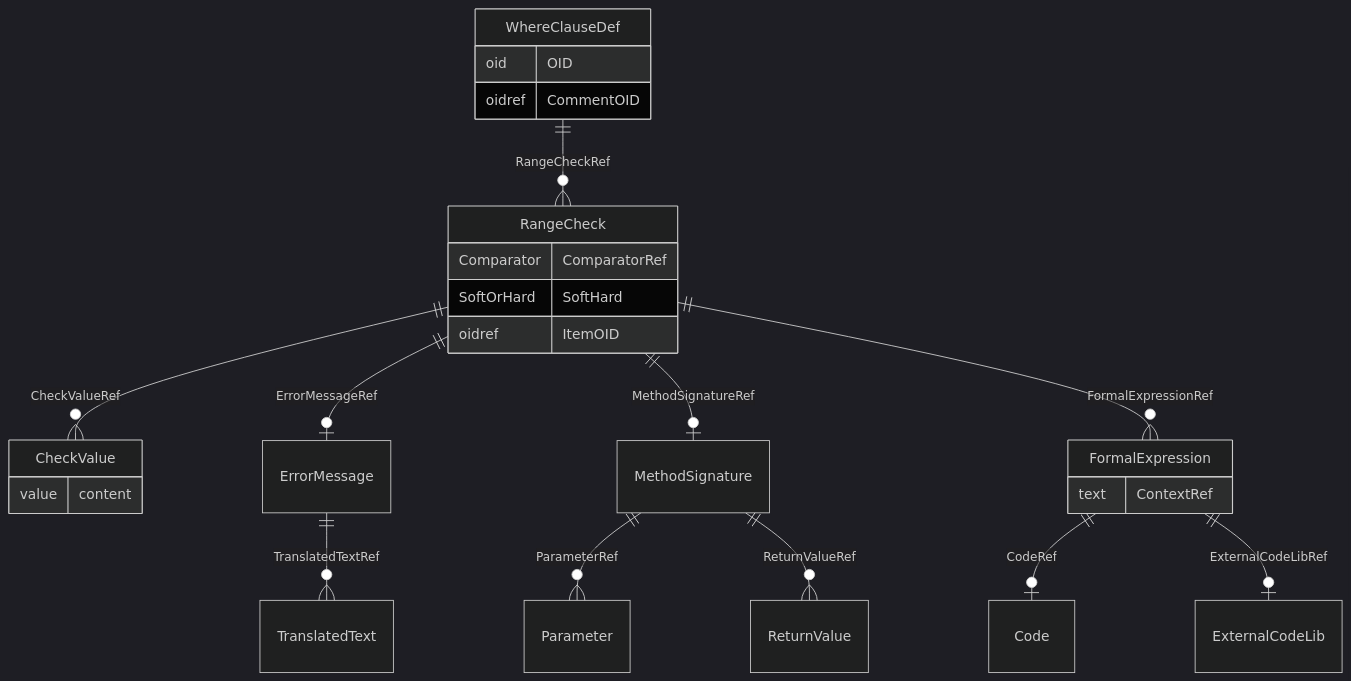
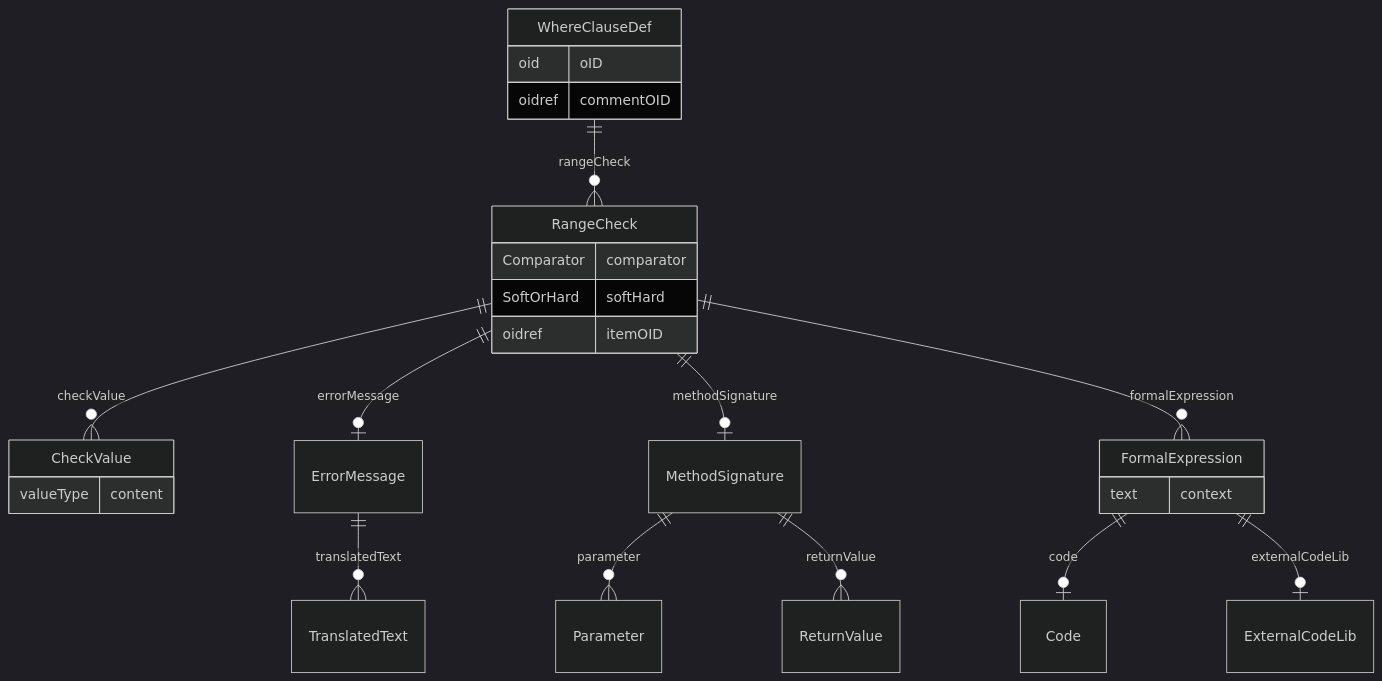
The diagram in docs/WhereClauseDef.md (cdisc-org/DataExchange-ODM-LinkML), drawn with Mermaid (dark theme) before and after one commit. The commit also changed other lines of this file and 759 other files, not shown here.

````diff
--- a/docs/WhereClauseDef.md
+++ b/docs/WhereClauseDef.md
@@ -11,36 +11,36 @@
 ```mermaid
 erDiagram
 WhereClauseDef {
-    oid OID  
-    oidref CommentOID  
+    oid oID  
+    oidref commentOID  
 }
 RangeCheck {
-    Comparator ComparatorRef  
-    SoftOrHard SoftHard  
-    oidref ItemOID  
+    Comparator comparator  
+    SoftOrHard softHard  
+    oidref itemOID  
 }
 CheckValue {
-    value content  
+    valueType content  
 }
 FormalExpression {
-    text ContextRef  
+    text context  
 }
 MethodSignature {
 
 }
 ErrorMessage {
 
 }
 
-WhereClauseDef ||--}o RangeCheck : "RangeCheckRef"
-RangeCheck ||--|o ErrorMessage : "ErrorMessageRef"
-RangeCheck ||--|o MethodSignature : "MethodSignatureRef"
-RangeCheck ||--}o FormalExpression : "FormalExpressionRef"
-RangeCheck ||--}o CheckValue : "CheckValueRef"
-FormalExpression ||--|o Code : "CodeRef"
-FormalExpression ||--|o ExternalCodeLib : "ExternalCodeLibRef"
-MethodSignature ||--}o Parameter : "ParameterRef"
-MethodSignature ||--}o ReturnValue : "ReturnValueRef"
-ErrorMessage ||--}o TranslatedText : "TranslatedTextRef"
+WhereClauseDef ||--}o RangeCheck : "rangeCheck"
+RangeCheck ||--|o ErrorMessage : "errorMessage"
+RangeCheck ||--|o MethodSignature : "methodSignature"
+RangeCheck ||--}o FormalExpression : "formalExpression"
+RangeCheck ||--}o CheckValue : "checkValue"
+FormalExpression ||--|o Code : "code"
+FormalExpression ||--|o ExternalCodeLib : "externalCodeLib"
+MethodSignature ||--}o Parameter : "parameter"
+MethodSignature ||--}o ReturnValue : "returnValue"
+ErrorMessage ||--}o TranslatedText : "translatedText"
 
 ```
````
